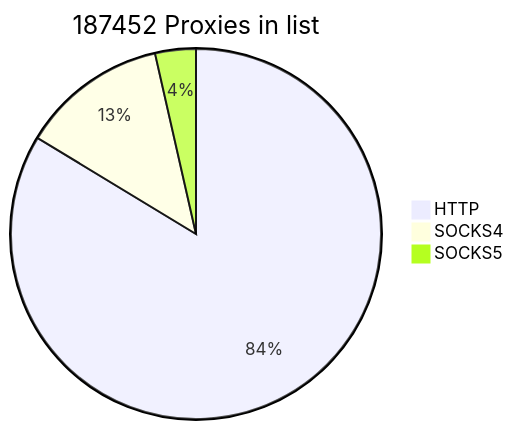
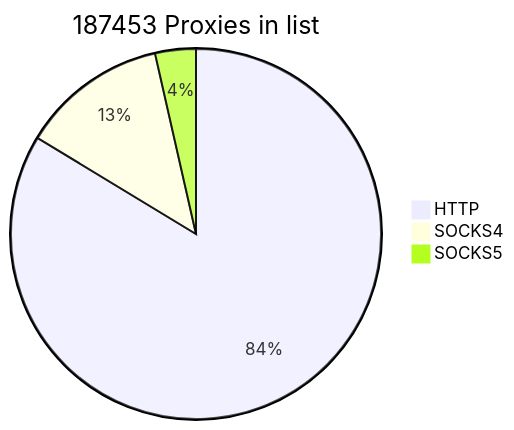
One commit to cutipu/proxylist changed the first of 2 diagrams in README.md. Above: the diagram before and after it, drawn with Mermaid. The commit also changed other lines of this file, not shown here.

````diff
--- a/README.md
+++ b/README.md
@@ -2,7 +2,7 @@
 ```mermaid
-pie title 187452 Proxies in list
-    "HTTP" : 156848
+pie title 187453 Proxies in list
+    "HTTP" : 156849
     "SOCKS4" : 23940
     "SOCKS5" : 6664
             
 ```
````
